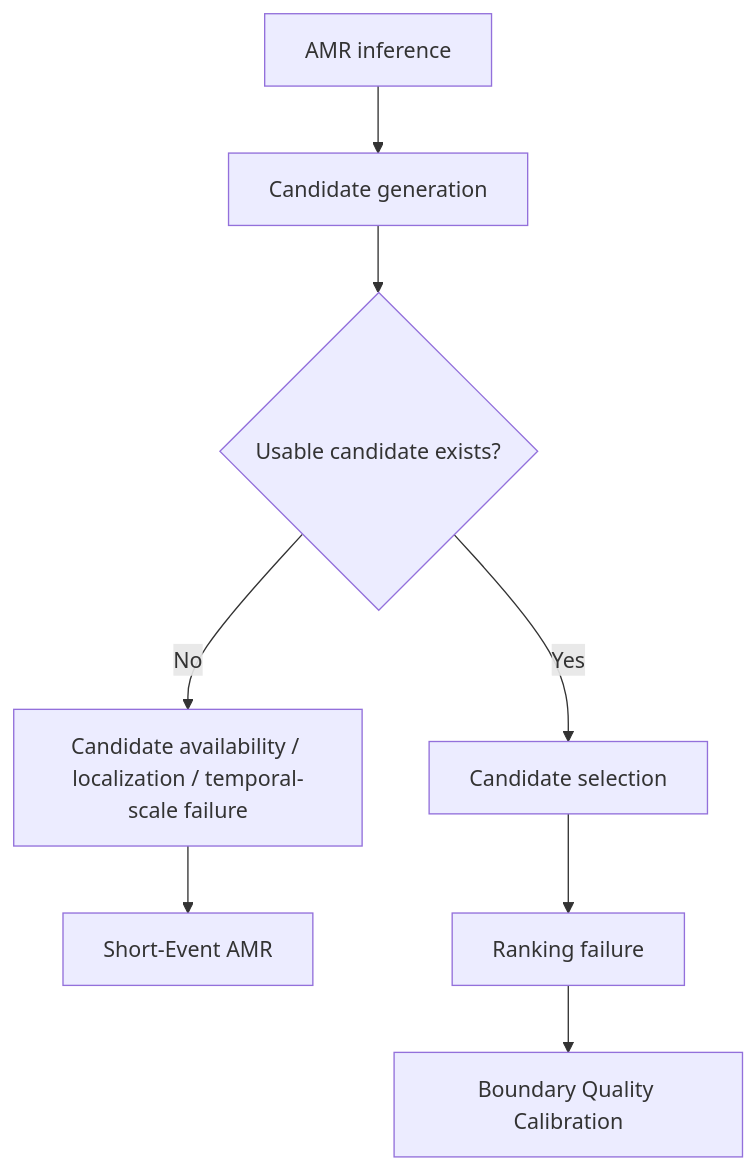
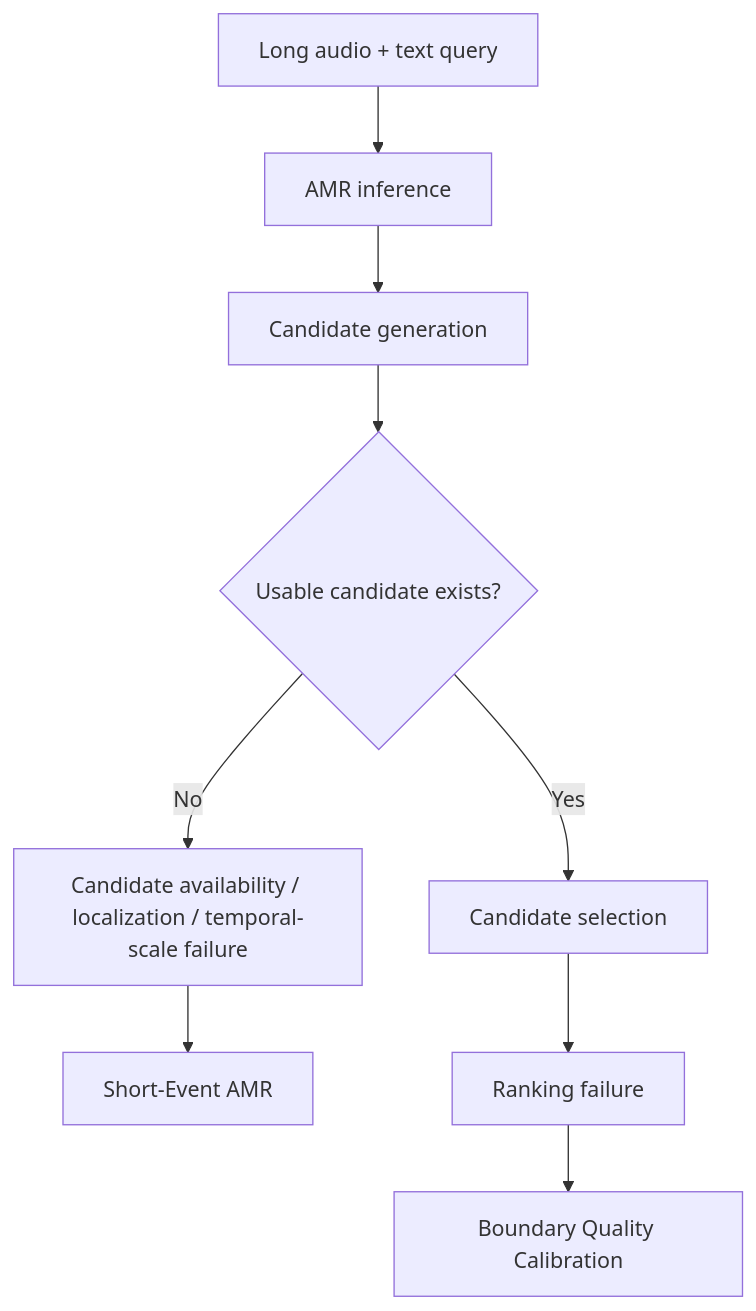
Before and after one commit to Prum0107/short-event-amr: the diagram in README.md, drawn with Mermaid.

Commit message:
docs: make AMR diagram input explicit

````diff
--- a/README.md
+++ b/README.md
@@ -19,10 +19,11 @@
 ```mermaid
 flowchart TD
-    A[AMR inference] --> B[Candidate generation]
-    B --> C{Usable candidate exists?}
-    C -->|No| D[Candidate availability / localization / temporal-scale failure]
-    C -->|Yes| E[Candidate selection]
-    D --> F[Short-Event AMR]
-    E --> G[Ranking failure]
-    G --> H[Boundary Quality Calibration]
+    A[Long audio + text query] --> B[AMR inference]
+    B --> C[Candidate generation]
+    C --> D{Usable candidate exists?}
+    D -->|No| E[Candidate availability / localization / temporal-scale failure]
+    D -->|Yes| F[Candidate selection]
+    E --> G[Short-Event AMR]
+    F --> H[Ranking failure]
+    H --> I[Boundary Quality Calibration]
 ```
````
